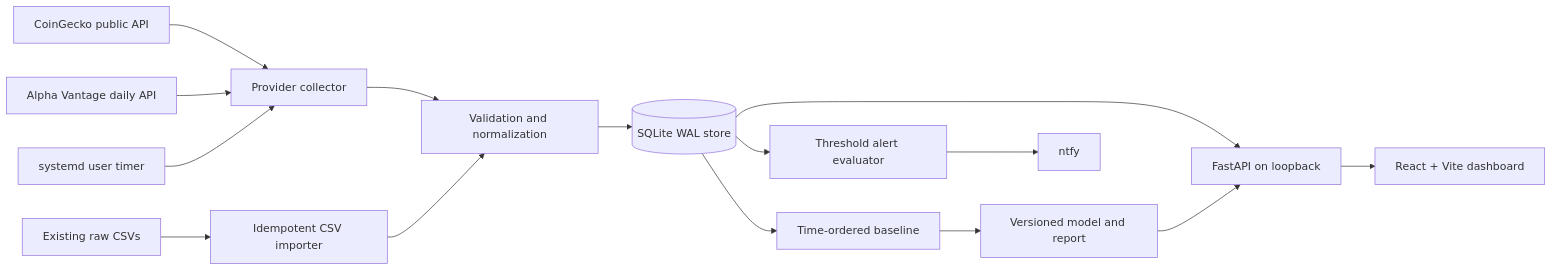
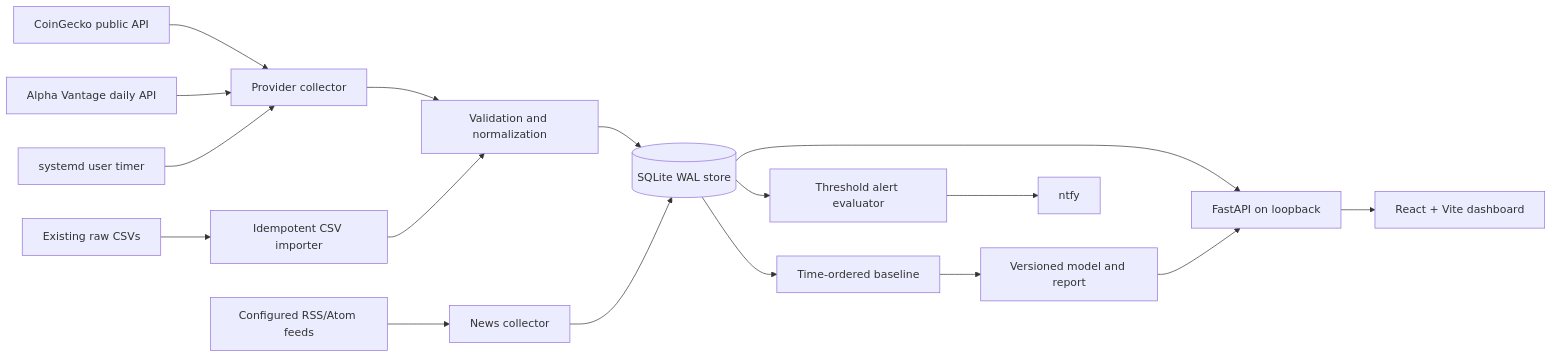
The first of 2 diagrams in docs/ARCHITECTURE.md (VoVanChung2508/market-intelligence), drawn with Mermaid before and after one commit. The commit also changed other lines of this file and 23 other files, not shown here.

````diff
--- a/docs/ARCHITECTURE.md
+++ b/docs/ARCHITECTURE.md
@@ -5,17 +5,19 @@
 ```mermaid
 flowchart LR
   CG[CoinGecko public API] --> C[Provider collector]
   AV[Alpha Vantage daily API] --> C
+  RSS[Configured RSS/Atom feeds] --> NC[News collector]
   CSV[Existing raw CSVs] --> I[Idempotent CSV importer]
   C --> V[Validation and normalization]
   I --> V
   V --> DB[(SQLite WAL store)]
   DB --> API[FastAPI on loopback]
   API --> UI[React + Vite dashboard]
   DB --> ML[Time-ordered baseline]
   ML --> ART[Versioned model and report]
   ART --> API
   DB --> ALERT[Threshold alert evaluator]
   ALERT --> NTFY[ntfy]
+  NC --> DB
   TIMER[systemd user timer] --> C
 ```
````
